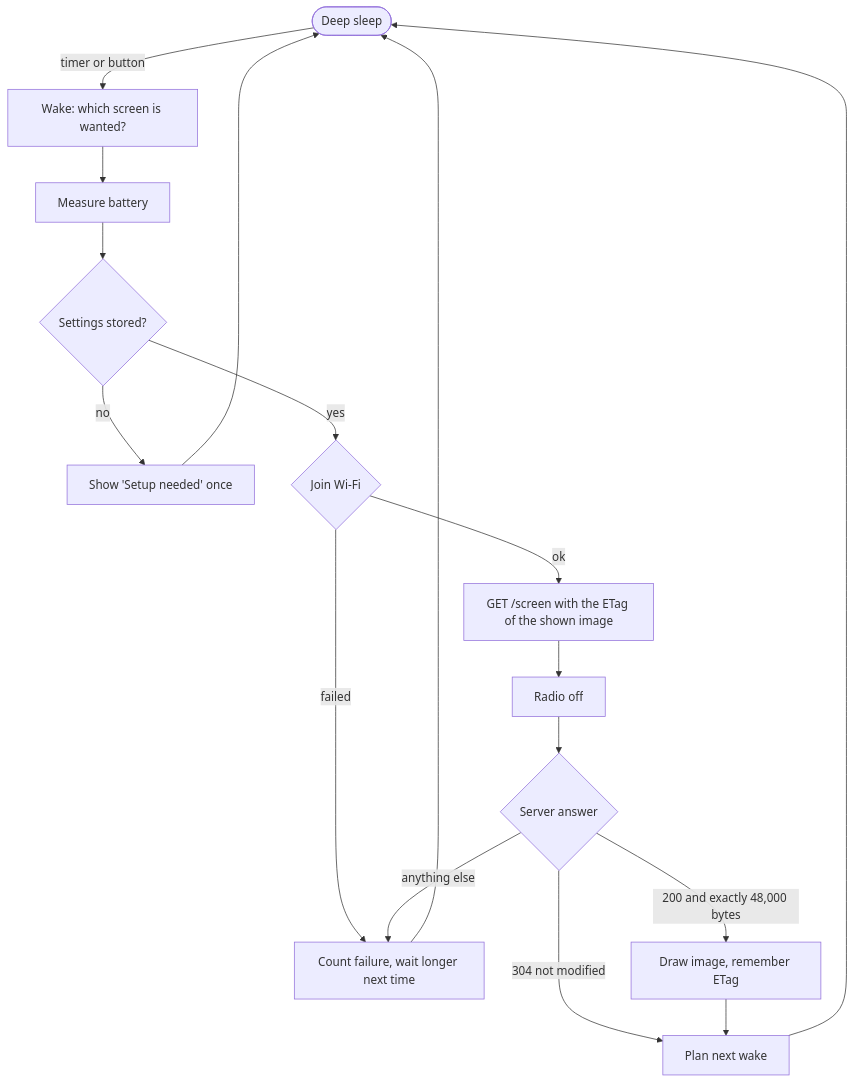
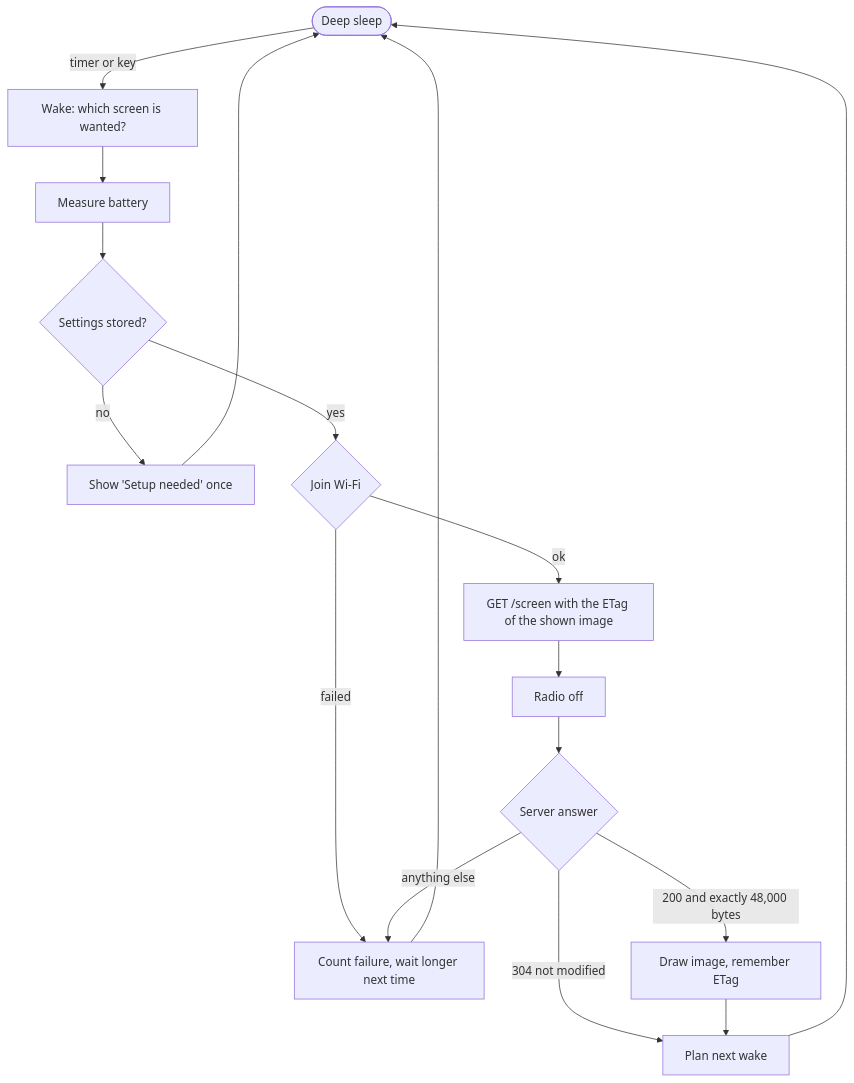
One commit to Karska-dev/e-paperBoard changed the second of 2 diagrams in README.md. Above: the diagram before and after it, drawn with Mermaid. The commit also changed other lines of this file and 56 other files, not shown here.

Commit message:
docs: shorten comments and docs, add diagrams

````diff
--- a/README.md
+++ b/README.md
@@ -27,16 +37,16 @@
 ```mermaid
 flowchart TD
-    sleep([Deep sleep]) -->|timer or button| wake[Wake: which screen is wanted?]
+    sleep([Deep sleep]) -->|timer or key| wake[Wake: which screen is wanted?]
     wake --> battery[Measure battery]
     battery --> settings{Settings stored?}
     settings -->|no| notice[Show 'Setup needed' once] --> sleep
     settings -->|yes| wifi{Join Wi-Fi}
     wifi -->|failed| backoff[Count failure, wait longer next time] --> sleep
     wifi -->|ok| fetch[GET /screen with the ETag of the shown image]
     fetch --> off[Radio off]
     off --> answer{Server answer}
     answer -->|304 not modified| plan[Plan next wake]
     answer -->|200 and exactly 48,000 bytes| draw[Draw image, remember ETag] --> plan
     answer -->|anything else| backoff
     plan --> sleep
 ```
````
